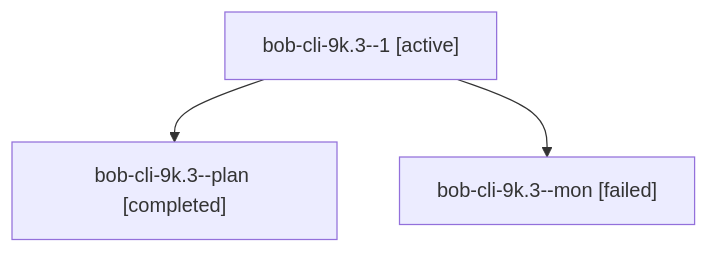
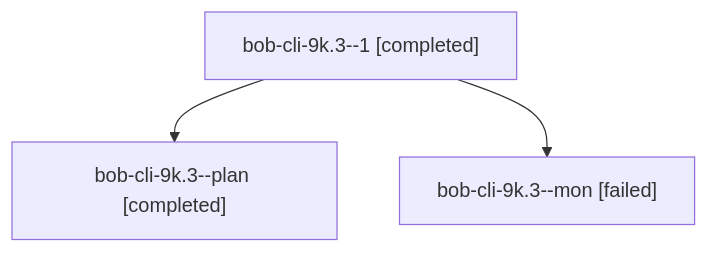
The diagram in sessions/bbugyi200.athena.bob-cli-9k.3.md (bobs-org/bob-cli--agents), drawn with Mermaid before and after one commit. The commit also changed other lines of this file and 26 other files, not shown here.

````diff
--- a/sessions/bbugyi200.athena.bob-cli-9k.3.md
+++ b/sessions/bbugyi200.athena.bob-cli-9k.3.md
@@ -9,8 +9,8 @@
 ```mermaid
 flowchart TD
-  n0["bob-cli-9k.3--1 [active]"]
+  n0["bob-cli-9k.3--1 [completed]"]
   n1["bob-cli-9k.3--plan [completed]"]
   n0 --> n1
   n2["bob-cli-9k.3--mon [failed]"]
   n0 --> n2
 ```
````
